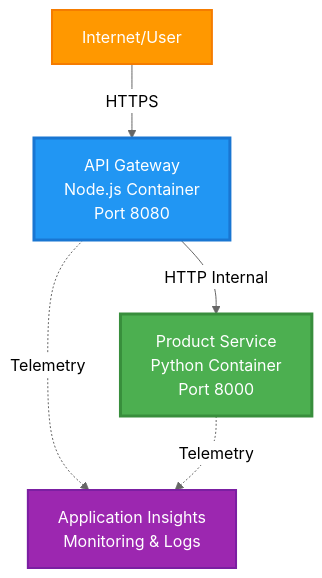
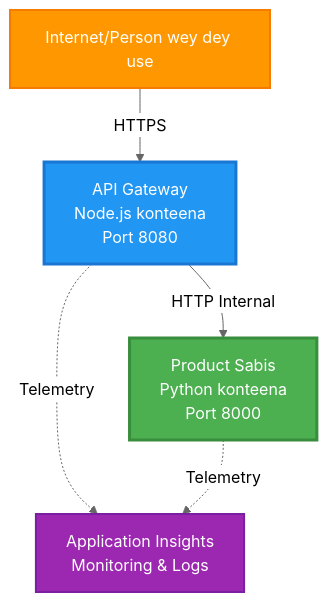
Before and after one commit to microsoft/AZD-for-beginners: the first of 4 diagrams in translations/pcm/examples/microservices/README.md, drawn with Mermaid (neutral theme). The commit also changed other lines of this file and 245 other files, not shown here.

````diff
--- a/translations/pcm/examples/microservices/README.md
+++ b/translations/pcm/examples/microservices/README.md
@@ -40,17 +31,17 @@
 ```mermaid
 graph TB
-    Internet[Internet/User]
-    Gateway[API Gateway<br/>Node.js Container<br/>Port 8080]
-    Product[Product Service<br/>Python Container<br/>Port 8000]
+    Internet[Internet/Person wey dey use]
+    Gateway[API Gateway<br/>Node.js konteena<br/>Port 8080]
+    Product[Product Sabis<br/>Python konteena<br/>Port 8000]
     AppInsights[Application Insights<br/>Monitoring & Logs]
     
     Internet -->|HTTPS| Gateway
     Gateway -->|HTTP Internal| Product
     Gateway -.->|Telemetry| AppInsights
     Product -.->|Telemetry| AppInsights
     
     style Gateway fill:#2196F3,stroke:#1976D2,stroke-width:3px,color:#fff
     style Product fill:#4CAF50,stroke:#388E3C,stroke-width:3px,color:#fff
     style Internet fill:#FF9800,stroke:#F57C00,stroke-width:2px,color:#fff
     style AppInsights fill:#9C27B0,stroke:#7B1FA2,stroke-width:2px,color:#fff
 ```
````
